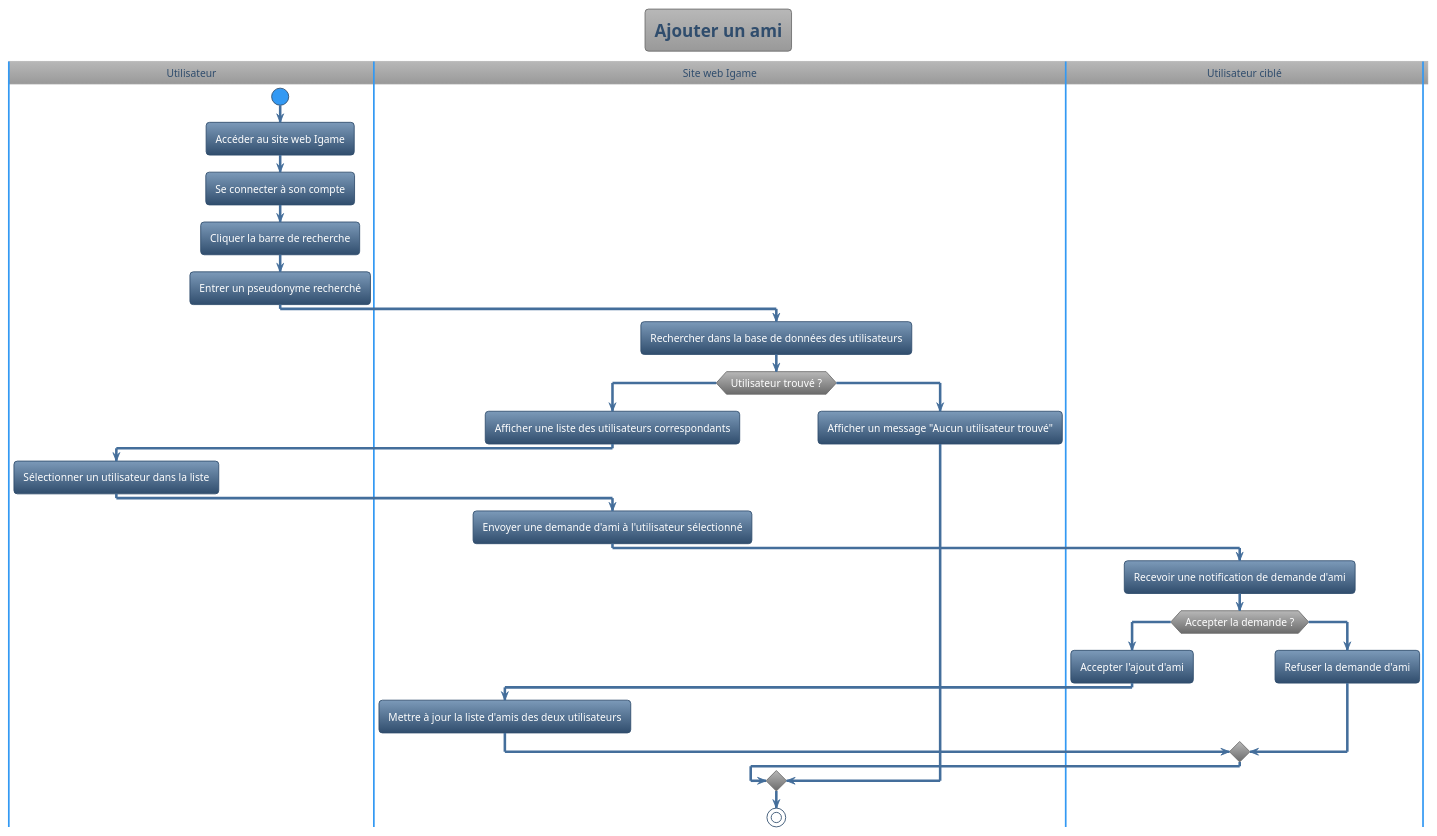
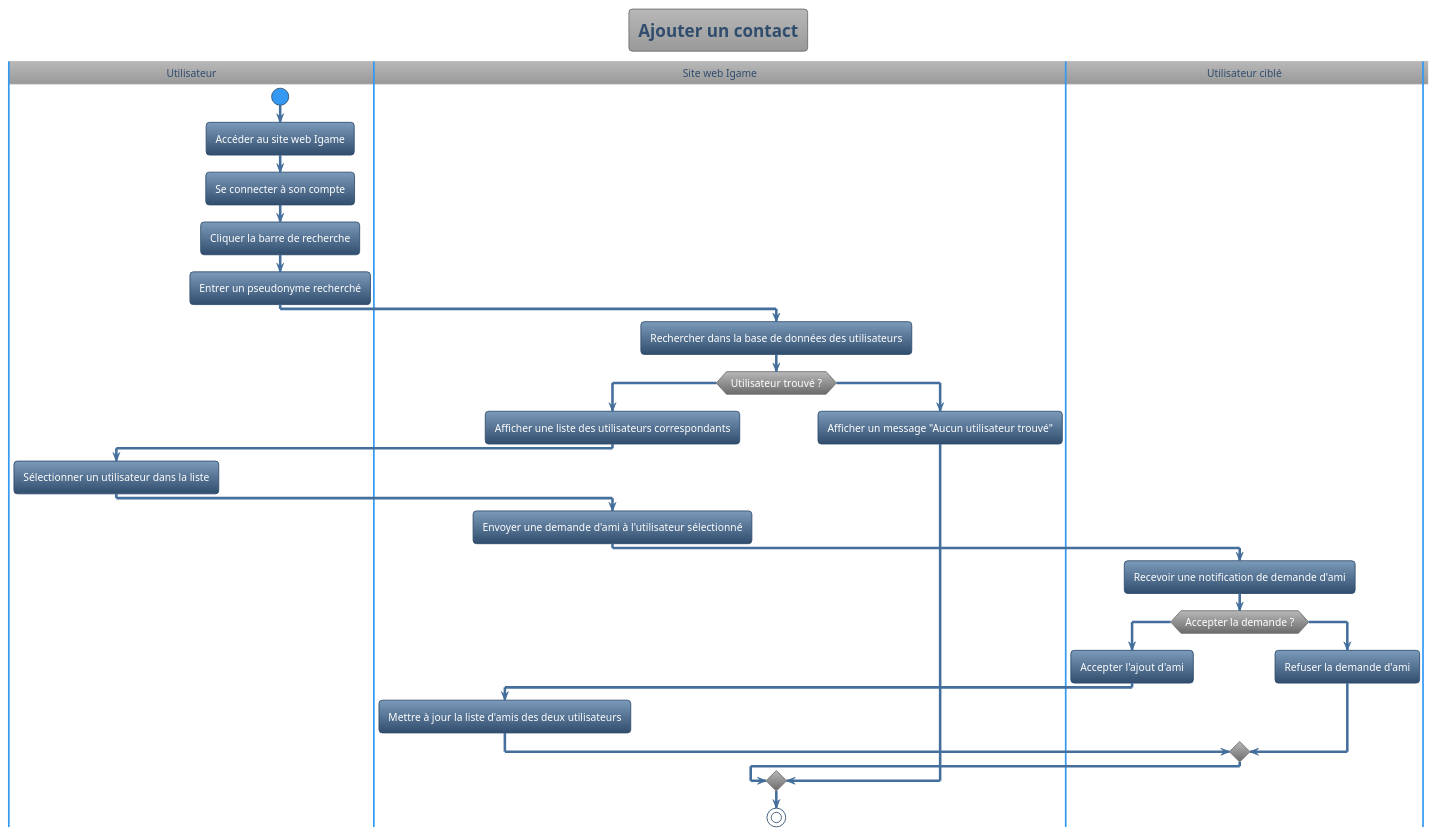
One commit to Jacob-Cossette/GTI510 changed the diagram in CU8_discord amis.puml. Above: the diagram before and after it, drawn with PlantUML. The commit also changed 22 other files, not shown here.

```diff
--- a/CU8_discord amis.puml
+++ b/CU8_discord amis.puml
@@ -1,33 +1,33 @@
 @startuml
 !theme spacelab
-title Ajouter un ami
+title Ajouter un contact
 |Utilisateur|
 start
 :Accéder au site web Igame;
 :Se connecter à son compte;
 :Cliquer la barre de recherche;
 :Entrer un pseudonyme recherché;
 |Site web Igame|
 :Rechercher dans la base de données des utilisateurs;
 if (Utilisateur trouvé ?) then (Oui)
     :Afficher une liste des utilisateurs correspondants;
     |Utilisateur|
     :Sélectionner un utilisateur dans la liste;
     |Site web Igame|
     :Envoyer une demande d'ami à l'utilisateur sélectionné;
     |Utilisateur ciblé|
     :Recevoir une notification de demande d'ami;
     if (Accepter la demande ?) then (Oui)
         :Accepter l'ajout d'ami;
         |Site web Igame|
         :Mettre à jour la liste d'amis des deux utilisateurs;
     else (Non)
         |Utilisateur ciblé|
         :Refuser la demande d'ami;
     endif
 else (Non)
     |Site web Igame|
     :Afficher un message "Aucun utilisateur trouvé";
 endif
 stop
 @enduml
```
